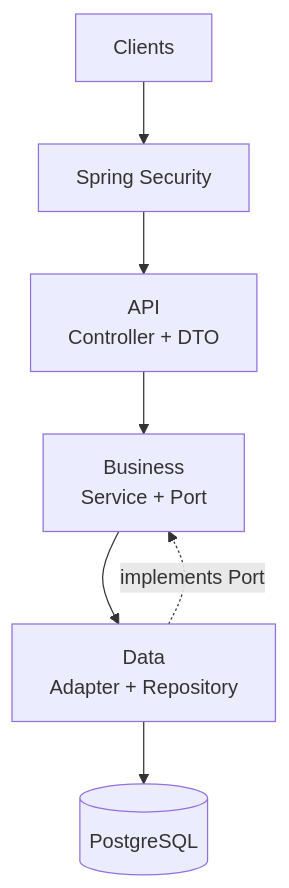
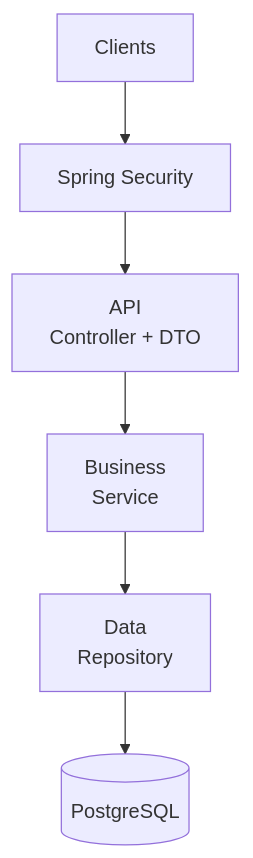
Before and after one commit to meoluoi3/E-wallet: the first of 4 diagrams in README.md, drawn with Mermaid. The commit also changed other lines of this file and 2 other files, not shown here.

Commit message:
refactor architecture

````diff
--- a/README.md
+++ b/README.md
@@ -78,12 +78,11 @@
 ```mermaid
 flowchart TD
     C["Clients"]
     S["Spring Security"]
     API[" API<br/>Controller + DTO"]
-    B[" Business<br/>Service + Port"]
-    A[" Data<br/>Adapter + Repository"]
+    B[" Business<br/>Service"]
+    A[" Data<br/>Repository"]
     DB[("PostgreSQL")]
 
     C --> S --> API --> B --> A --> DB
-    A -.->|"implements Port"| B
 ```
````
